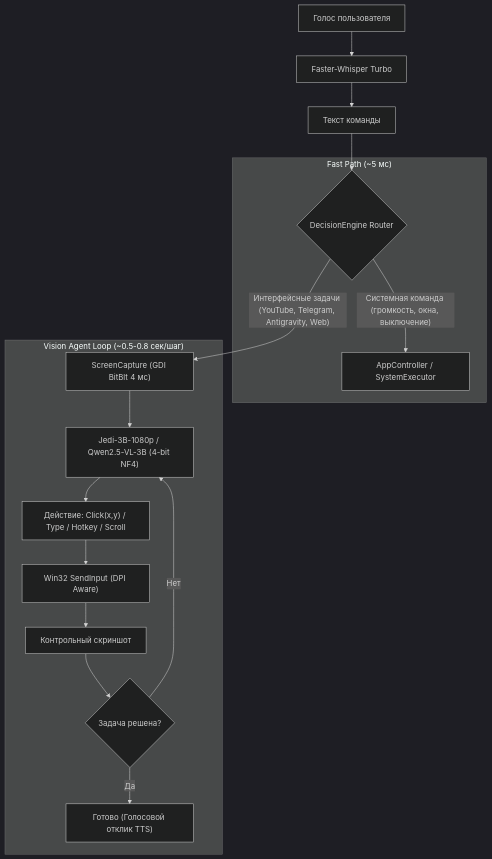
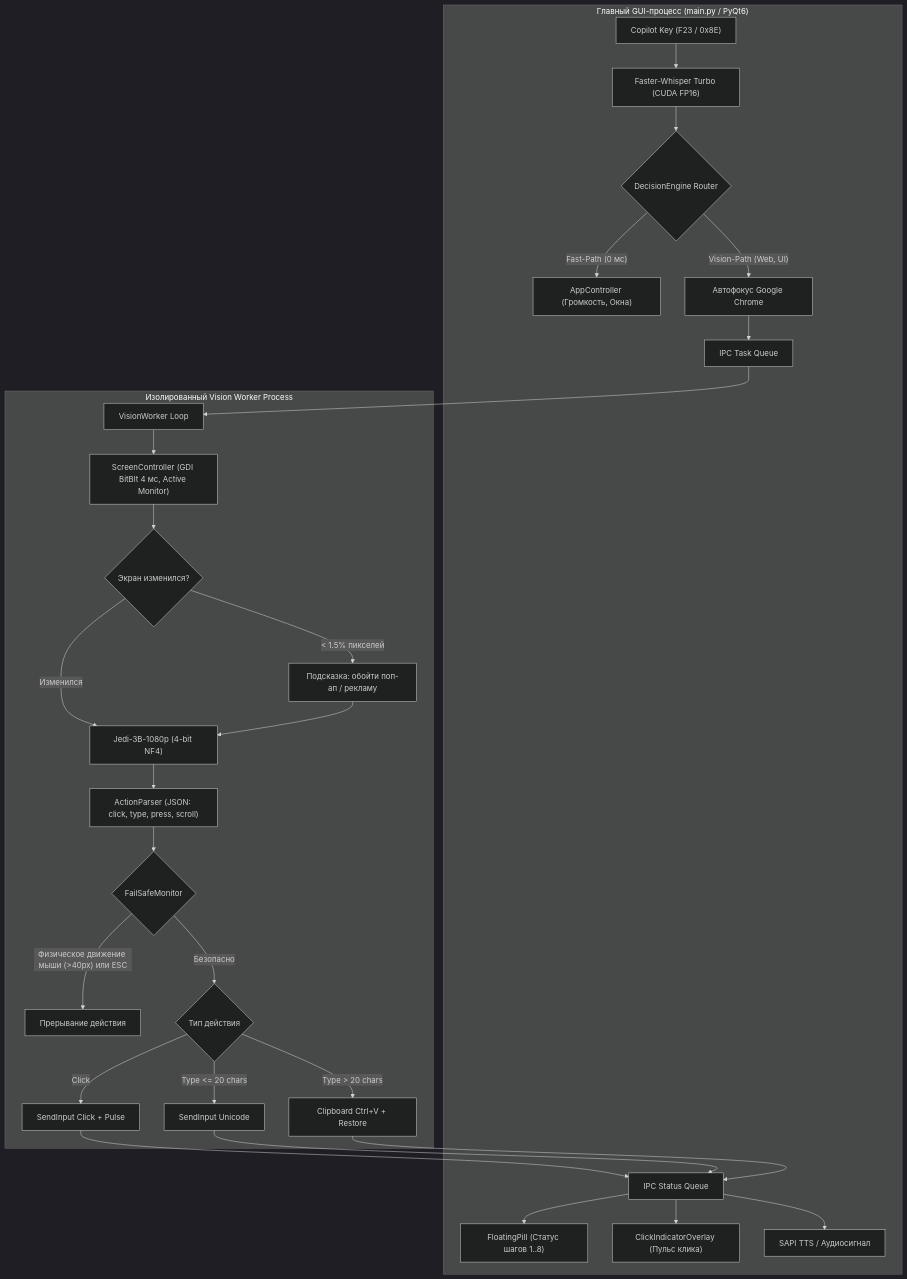
Before and after one commit to Gupkagrop/localAgent: the diagram in GEMINI.md, drawn with Mermaid (dark theme). The commit also changed other lines of this file and 2 other files, not shown here.

Commit message:
docs: update README and GEMINI with multi-monitor and hybrid typing architecture

````diff
--- a/GEMINI.md
+++ b/GEMINI.md
@@ -46,21 +56,32 @@
 ```mermaid
 flowchart TD
-    Voice["Голос пользователя"] --> Whisper["Faster-Whisper Turbo"]
-    Whisper --> Text["Текст команды"]
-    Text --> Router{"DecisionEngine Router"}
-
-    subgraph FastTrack ["Fast Path (~5 мс)"]
-        Router -- "Системная команда (громкость, окна, выключение)" --> Win32Exec["AppController / SystemExecutor"]
+    subgraph MainProcess ["Главный GUI-процесс (main.py / PyQt6)"]
+        Key["Copilot Key (F23 / 0x8E)"] --> STT["Faster-Whisper Turbo (CUDA FP16)"]
+        STT --> Router{"DecisionEngine Router"}
+        Router -- "Fast-Path (0 мс)" --> FastExec["AppController (Громкость, Окна)"]
+        Router -- "Vision-Path (Web, UI)" --> PreFocus["Автофокус Google Chrome"]
+        PreFocus --> QueueIn["IPC Task Queue"]
+        QueueOut["IPC Status Queue"] --> Pill["FloatingPill (Статус шагов 1..8)"]
+        QueueOut --> ClickMarker["ClickIndicatorOverlay (Пульс клика)"]
+        QueueOut --> TTSOut["SAPI TTS / Аудиосигнал"]
     end
 
-    subgraph VisionTrack ["Vision Agent Loop (~0.5-0.8 сек/шаг)"]
-        Router -- "Интерфейсные задачи (YouTube, Telegram, Antigravity, Web)" --> Snap["ScreenCapture (GDI BitBlt 4 мс)"]
-        Snap --> VLM["Jedi-3B-1080p / Qwen2.5-VL-3B (4-bit NF4)"]
-        VLM --> Act["Действие: Click(x,y) / Type / Hotkey / Scroll"]
-        Act --> Win32Input["Win32 SendInput (DPI Aware)"]
-        Win32Input --> Verify["Контрольный скриншот"]
-        Verify --> GoalCheck{"Задача решена?"}
-        GoalCheck -- "Нет" --> VLM
-        GoalCheck -- "Да" --> Done["Готово (Голосовой отклик TTS)"]
+    subgraph WorkerProcess ["Изолированный Vision Worker Process"]
+        QueueIn --> Worker["VisionWorker Loop"]
+        Worker --> Screen["ScreenController (GDI BitBlt 4 мс, Active Monitor)"]
+        Screen --> Diff{"Экран изменился?"}
+        Diff -- "< 1.5% пикселей" --> RetryPrompt["Подсказка: обойти поп-ап / рекламу"]
+        Diff -- "Изменился" --> VLM["Jedi-3B-1080p (4-bit NF4)"]
+        RetryPrompt --> VLM
+        VLM --> Parser["ActionParser (JSON: click, type, press, scroll)"]
+        Parser --> Safety{"FailSafeMonitor"}
+        Safety -- "Физическое движение мыши (>40px) или ESC" --> Abort["Прерывание действия"]
+        Safety -- "Безопасно" --> ActionExec{"Тип действия"}
+        ActionExec -- "Click" --> Win32Click["SendInput Click + Pulse"]
+        ActionExec -- "Type <= 20 chars" --> Win32Type["SendInput Unicode"]
+        ActionExec -- "Type > 20 chars" --> Win32Paste["Clipboard Ctrl+V + Restore"]
+        Win32Click --> QueueOut
+        Win32Type --> QueueOut
+        Win32Paste --> QueueOut
     end
 ```
````
